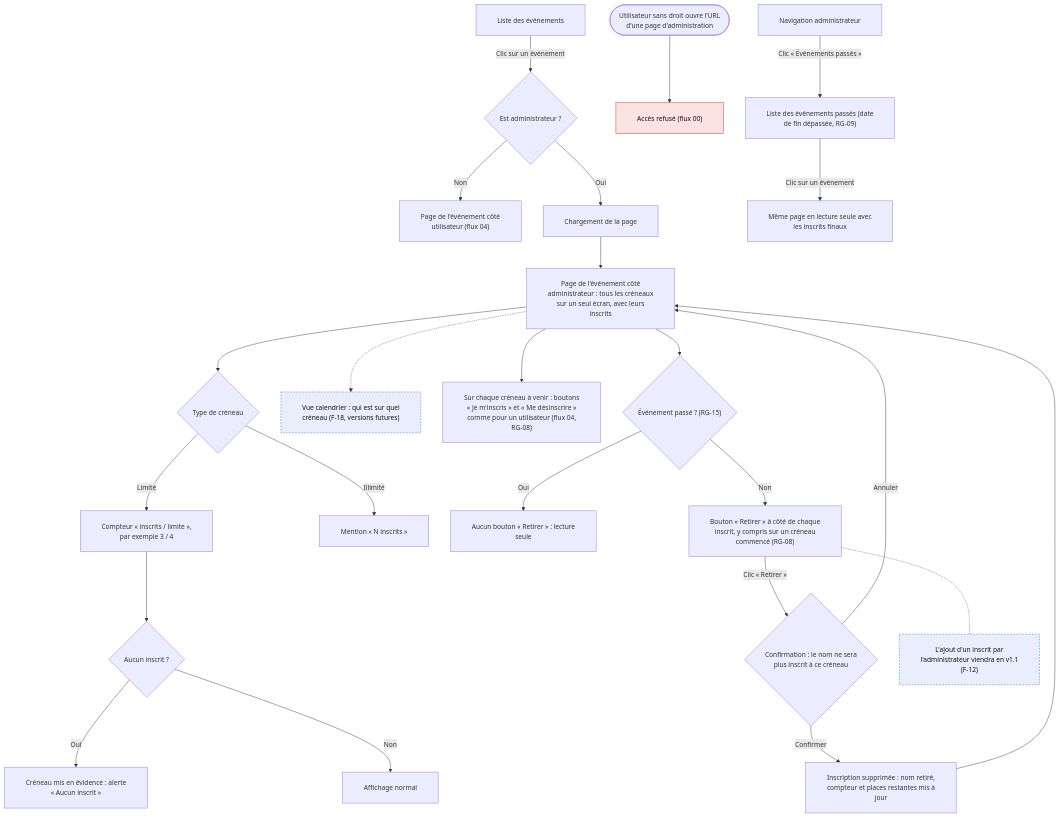
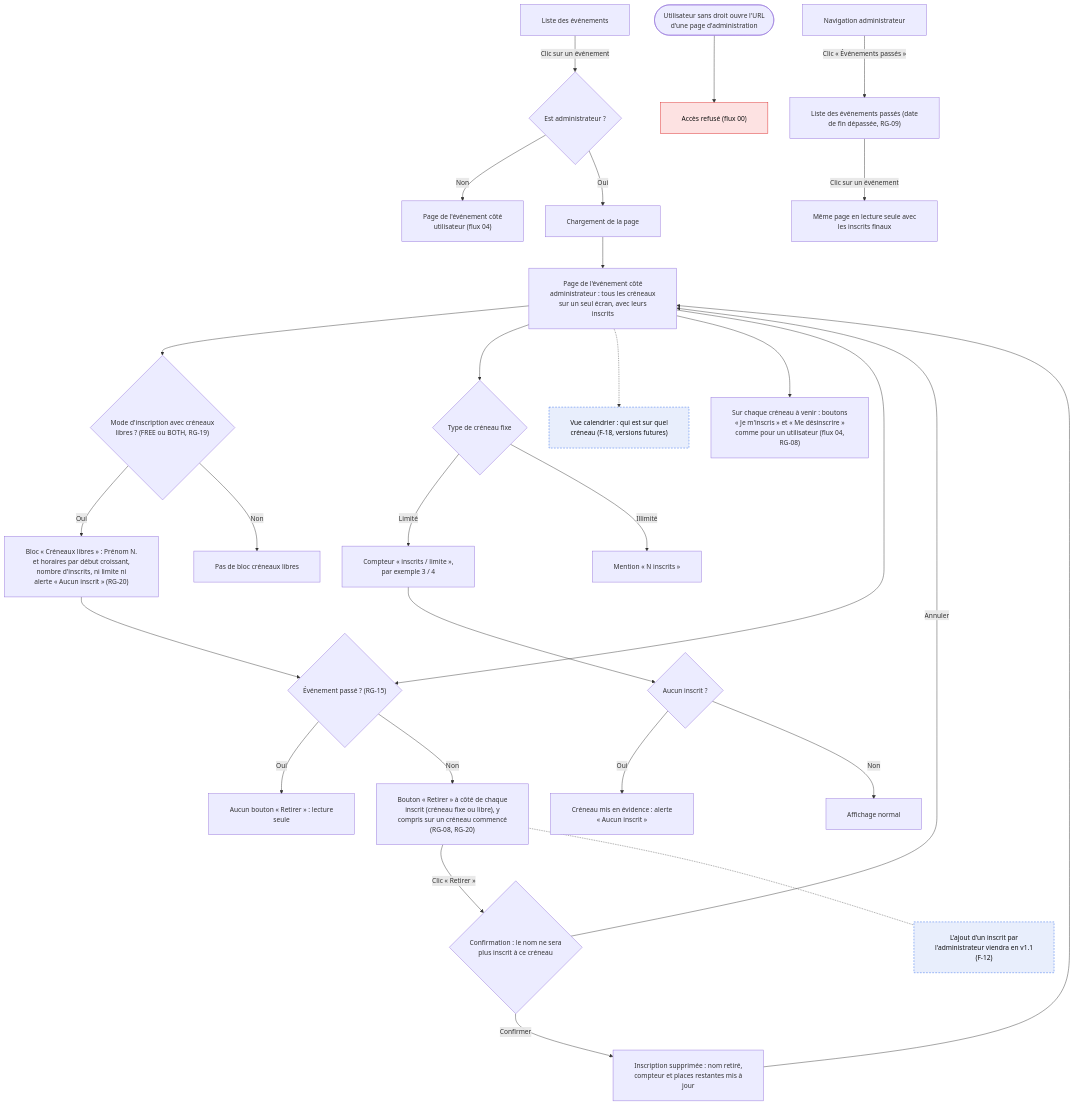
The diagram in docs/flows/06-admin-suivi-remplissage.mmd (nathanjouannon/Creno), drawn with Mermaid before and after one commit. The commit also changed 15 other files, not shown here.

```diff
--- a/docs/flows/06-admin-suivi-remplissage.mmd
+++ b/docs/flows/06-admin-suivi-remplissage.mmd
@@ -1,36 +1,40 @@
 %%{init: {"flowchart": {"htmlLabels": true, "wrappingWidth": 360, "padding": 24, "nodeSpacing": 50, "rankSpacing": 60, "curve": "basis"}, "themeVariables": {"fontSize": "15px"}}}%%
-%% Administrateur : suivi du remplissage et événements passés (F-09, F-03, RG-07, RG-08, RG-09, RG-15)
+%% Administrateur : suivi du remplissage et événements passés (F-09, F-03, F-22, RG-07, RG-08, RG-09, RG-15, RG-20)
 %% La vue de remplissage est la page de l'événement côté administrateur (même écran). La vue calendrier (F-18) viendra plus tard.
 %% Légende : rectangle = écran, stade = action, losange = décision, rouge = erreur / refus, orange = à confirmer
 flowchart TD
     classDef error fill:#fde2e2,stroke:#dc2626,color:#111
     classDef future fill:#e8eefc,stroke:#2563eb,stroke-dasharray: 4 3,color:#111
 
     L["Liste des événements"] -->|"Clic sur un événement"| W{"Est administrateur ?"}
     W -->|"Non"| USR["Page de l'événement côté<br/>utilisateur (flux 04)"]
     W -->|"Oui"| LOAD["Chargement de la page"]
     LOAD --> VUE["Page de l'événement côté<br/>administrateur : tous les créneaux<br/>sur un seul écran, avec leurs<br/>inscrits"]
 
-    VUE --> T{"Type de créneau"}
+    VUE --> FS{"Mode d'inscription avec créneaux<br/>libres ? (FREE ou BOTH, RG-19)"}
+    FS -->|"Oui"| FS1["Bloc « Créneaux libres » : Prénom N.<br/>et horaires par début croissant,<br/>nombre d'inscrits, ni limite ni<br/>alerte « Aucun inscrit » (RG-20)"]
+    FS1 --> RM
+    FS -->|"Non"| FS0["Pas de bloc créneaux libres"]
+    VUE --> T{"Type de créneau fixe"}
     T -->|"Limité"| T1["Compteur « inscrits / limite »,<br/>par exemple 3 / 4"]
     T -->|"Illimité"| T2["Mention « N inscrits »"]
     T1 --> Z{"Aucun inscrit ?"}
     Z -->|"Oui"| Z1["Créneau mis en évidence : alerte<br/>« Aucun inscrit »"]
     Z -->|"Non"| Z2["Affichage normal"]
 
     VUE -.-> CAL["Vue calendrier : qui est sur quel<br/>créneau (F-18, versions futures)"]:::future
 
     ACC(["Utilisateur sans droit ouvre l'URL<br/>d'une page d'administration"]) --> DENY["Accès refusé (flux 00)"]:::error
 
     ADM["Navigation administrateur"] -->|"Clic « Événements passés »"| P1["Liste des événements passés (date<br/>de fin dépassée, RG-09)"]
     P1 -->|"Clic sur un événement"| P2["Même page en lecture seule avec<br/>les inscrits finaux"]
 
     VUE --> OWN["Sur chaque créneau à venir : boutons<br/>« Je m'inscris » et « Me désinscrire »<br/>comme pour un utilisateur (flux 04,<br/>RG-08)"]
     VUE --> RM{"Événement passé ? (RG-15)"}
     RM -->|"Oui"| RM0["Aucun bouton « Retirer » : lecture<br/>seule"]
-    RM -->|"Non"| RM1["Bouton « Retirer » à côté de chaque<br/>inscrit, y compris sur un créneau<br/>commencé (RG-08)"]
+    RM -->|"Non"| RM1["Bouton « Retirer » à côté de chaque<br/>inscrit (créneau fixe ou libre), y<br/>compris sur un créneau commencé<br/>(RG-08, RG-20)"]
     RM1 -->|"Clic « Retirer »"| RM2{"Confirmation : le nom ne sera<br/>plus inscrit à ce créneau"}
     RM2 -->|"Annuler"| VUE
     RM2 -->|"Confirmer"| RM3["Inscription supprimée : nom retiré,<br/>compteur et places restantes mis à<br/>jour"]
     RM3 --> VUE
     RM1 -.- RM4["L'ajout d'un inscrit par<br/>l'administrateur viendra en v1.1<br/>(F-12)"]:::future
```
